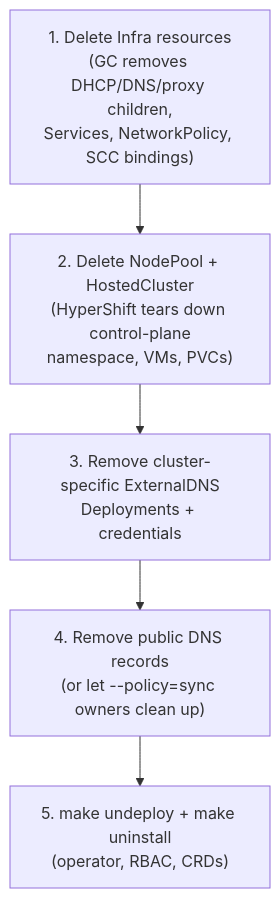
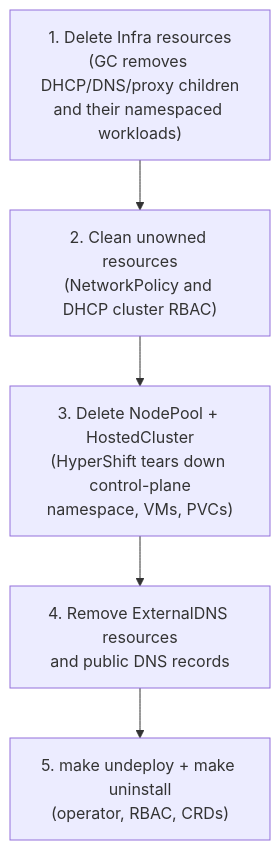
Before and after one commit to cldmnky/oooi: the diagram in website/docs/operations/uninstall.md, drawn with Mermaid. The commit also changed other lines of this file and 8 other files, not shown here.

````diff
--- a/website/docs/operations/uninstall.md
+++ b/website/docs/operations/uninstall.md
@@ -8,8 +9,8 @@
 ```mermaid
 flowchart TB
-    A["1. Delete Infra resources<br/>(GC removes DHCP/DNS/proxy children,<br/>Services, NetworkPolicy, SCC bindings)"]
-    --> B["2. Delete NodePool + HostedCluster<br/>(HyperShift tears down control-plane<br/>namespace, VMs, PVCs)"]
-    --> C["3. Remove cluster-specific ExternalDNS<br/>Deployments + credentials"]
-    --> D["4. Remove public DNS records<br/>(or let --policy=sync owners clean up)"]
+    A["1. Delete Infra resources<br/>(GC removes DHCP/DNS/proxy children<br/>and their namespaced workloads)"]
+    --> B["2. Clean unowned resources<br/>(NetworkPolicy and DHCP cluster RBAC)"]
+    --> C["3. Delete NodePool + HostedCluster<br/>(HyperShift tears down control-plane<br/>namespace, VMs, PVCs)"]
+    --> D["4. Remove ExternalDNS resources<br/>and public DNS records"]
     --> E["5. make undeploy + make uninstall<br/>(operator, RBAC, CRDs)"]
 ```
````
